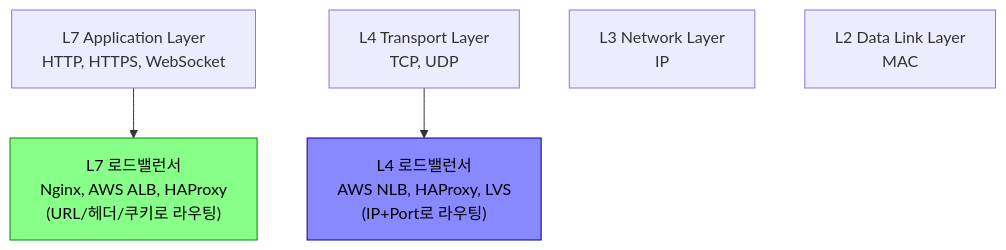
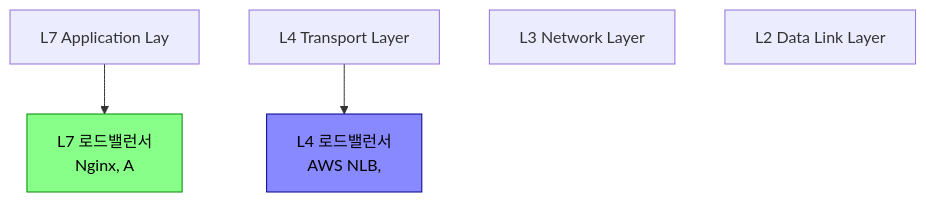
Before and after one commit to yjkim2015/yjkim2015.github.io: the first of 8 diagrams in _posts/network/2026-05-01-load-balancer.md, drawn with Mermaid. The commit also changed other lines of this file and 271 other files, not shown here.

First line of the commit message:
Mermaid 라벨 축소: 긴 노드 텍스트 18자 이하로 트림 + \n 제거

````diff
--- a/_posts/network/2026-05-01-load-balancer.md
+++ b/_posts/network/2026-05-01-load-balancer.md
@@ -23,13 +23,13 @@
 ```mermaid
 graph TD
-    L7["L7 Application Layer\nHTTP, HTTPS, WebSocket"]
-    L4["L4 Transport Layer\nTCP, UDP"]
-    L3["L3 Network Layer\nIP"]
-    L2["L2 Data Link Layer\nMAC"]
-    LB_L7["L7 로드밸런서\nNginx, AWS ALB, HAProxy\n(URL/헤더/쿠키로 라우팅)"]
-    LB_L4["L4 로드밸런서\nAWS NLB, HAProxy, LVS\n(IP+Port로 라우팅)"]
+    L7["L7 Application Lay"]
+    L4["L4 Transport Layer"]
+    L3["L3 Network Layer\n"]
+    L2["L2 Data Link Layer"]
+    LB_L7["L7 로드밸런서\nNginx, A"]
+    LB_L4["L4 로드밸런서\nAWS NLB,"]
     L7 --> LB_L7
     L4 --> LB_L4
     style LB_L7 fill:#8f8,stroke:#080,color:#000
     style LB_L4 fill:#88f,stroke:#008,color:#000
 ```
````
